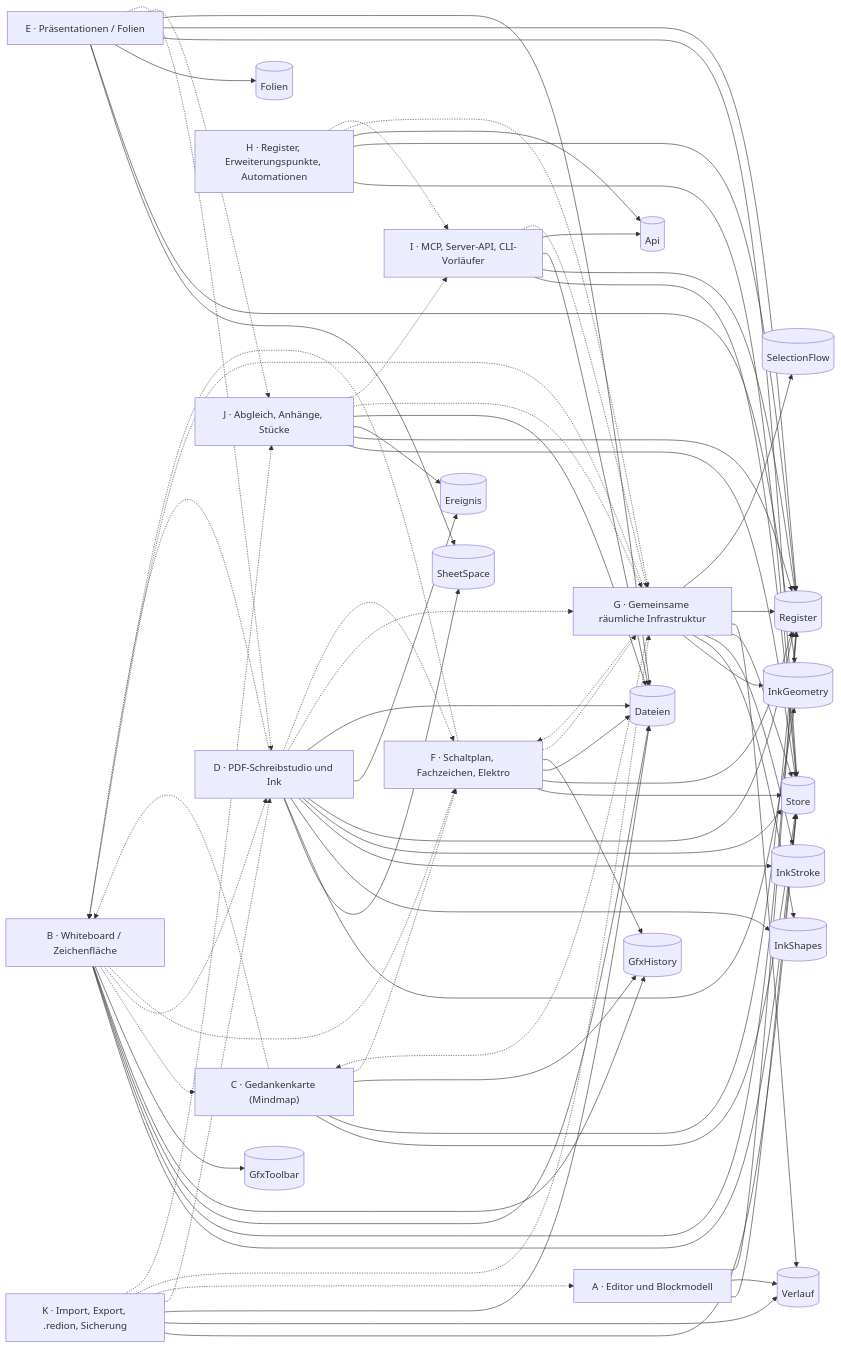
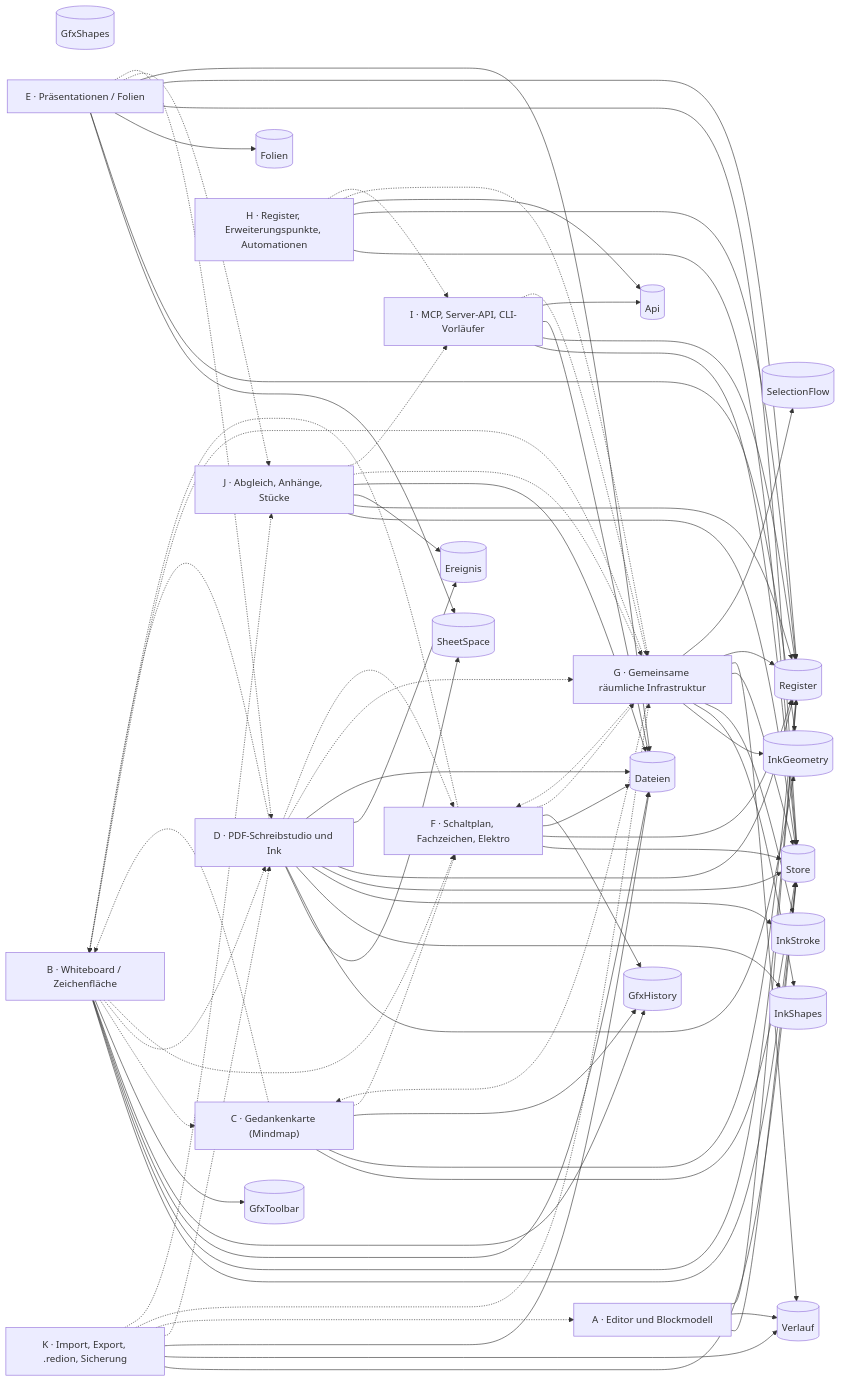
Before and after one commit to Redurbabat/Redion: the diagram in doku/karte/Redion.md, drawn with Mermaid. The commit also changed other lines of this file and 29 other files, not shown here.

```diff
--- a/doku/karte/Redion.md
+++ b/doku/karte/Redion.md
@@ -29,6 +29,7 @@
   Api[("Api")]
   GfxHistory[("GfxHistory")]
   GfxToolbar[("GfxToolbar")]
+  GfxShapes[("GfxShapes")]
   editor["A · Editor und Blockmodell"]
   zeichenflaeche["B · Whiteboard / Zeichenfläche"]
   gedankenkarte["C · Gedankenkarte (Mindmap)"]
```
